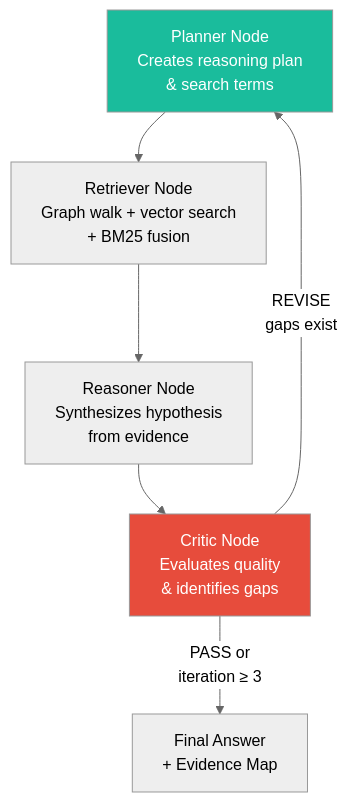
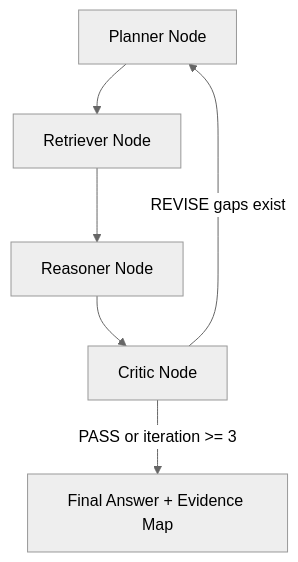
The fourth of 9 diagrams in docs/ATLAS_DISCOVERY_VISION.md (AidanSYu/Atlas-OS), drawn with Mermaid (neutral theme) before and after one commit. The commit also changed other lines of this file and 1 other file, not shown here.

Commit message:
docs: Move ATLAS_DISCOVERY_VISION.md to docs/ and refactor content for improved path portability and diagram clarity.

````diff
--- a/docs/ATLAS_DISCOVERY_VISION.md
+++ b/docs/ATLAS_DISCOVERY_VISION.md
@@ -202,11 +187,8 @@
 ```mermaid
 flowchart TD
-    P["Planner Node<br/>Creates reasoning plan<br/>& search terms"] --> R["Retriever Node<br/>Graph walk + vector search<br/>+ BM25 fusion"]
-    R --> RE["Reasoner Node<br/>Synthesizes hypothesis<br/>from evidence"]
-    RE --> CR["Critic Node<br/>Evaluates quality<br/>& identifies gaps"]
-    CR -->|"PASS or<br/>iteration ≥ 3"| F["Final Answer<br/>+ Evidence Map"]
-    CR -->|"REVISE<br/>gaps exist"| P
-
-    style P fill:#1ABC9C,color:#fff
-    style CR fill:#E74C3C,color:#fff
+    P["Planner Node"] --> R["Retriever Node"]
+    R --> RE["Reasoner Node"]
+    RE --> CR["Critic Node"]
+    CR -->|PASS or iteration >= 3| F["Final Answer + Evidence Map"]
+    CR -->|REVISE gaps exist| P
 ```
````
